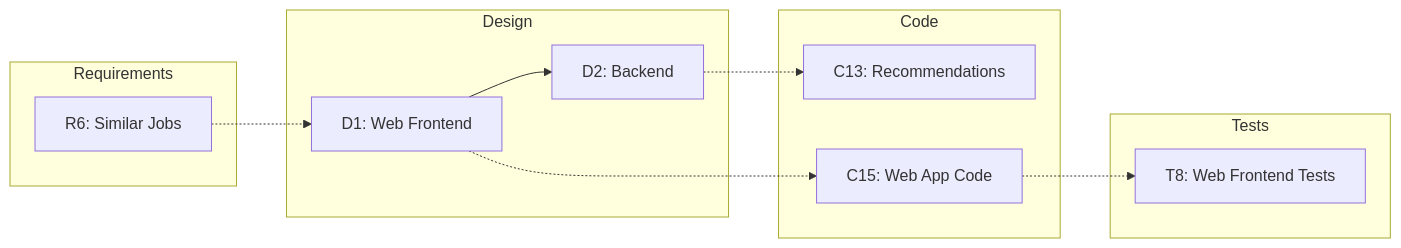
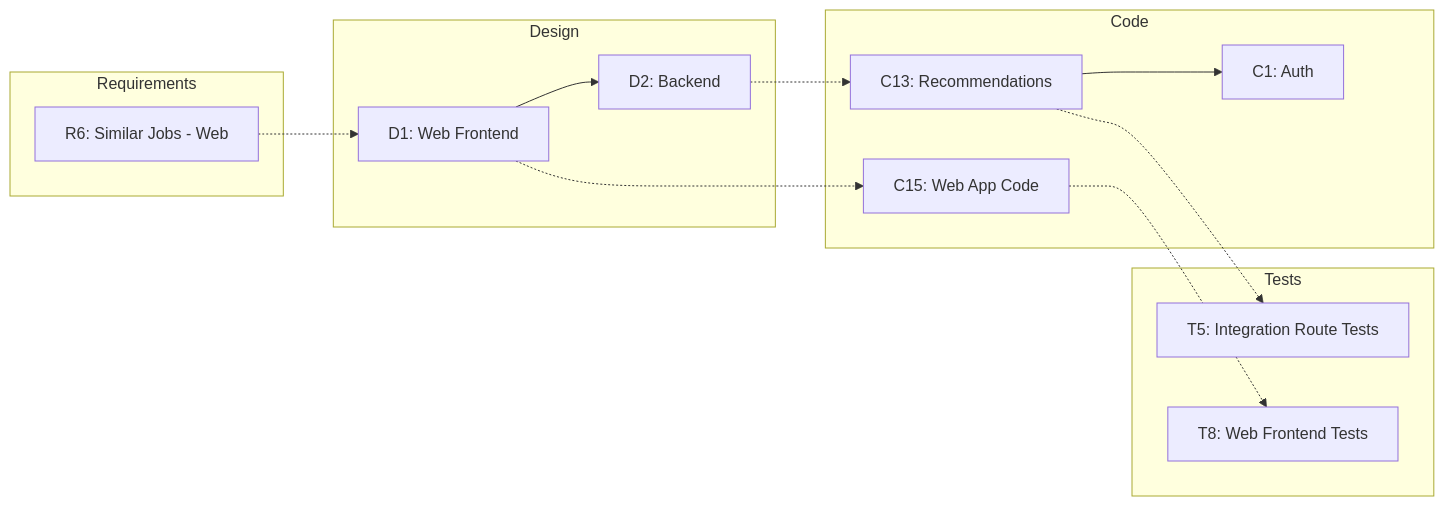
One commit to outoft3n/2025-ITCS383-Chongyai changed the seventh of 8 diagrams in D4_IMPACT_ANALYSIS.MD. Above: the diagram before and after it, drawn with Mermaid. The commit also changed other lines of this file, not shown here.

````diff
--- a/D4_IMPACT_ANALYSIS.MD
+++ b/D4_IMPACT_ANALYSIS.MD
@@ -555,30 +587,35 @@
 ```mermaid
 graph LR
 
 subgraph Requirements
-R6[R6: Similar Jobs]
+R6[R6: Similar Jobs - Web]
 end
 
 subgraph Design
 D1[D1: Web Frontend]
 D2[D2: Backend]
 end
 
 subgraph Code
+C1[C1: Auth]
 C13[C13: Recommendations]
 C15[C15: Web App Code]
 end
 
 subgraph Tests
+T5[T5: Integration Route Tests]
 T8[T8: Web Frontend Tests]
 end
 
 R6 -.-> D1
 
 D1 --> D2
 
 D2 -.-> C13
 D1 -.-> C15
 
+C13 --> C1
+
+C13 -.-> T5
 C15 -.-> T8
 ```
````
